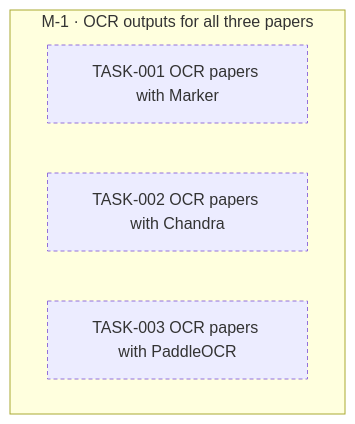
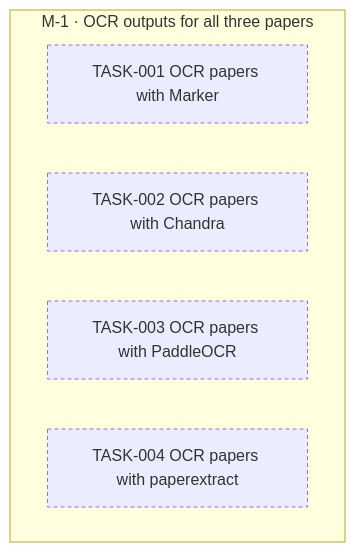
Before and after one commit to jesusvillota/replicate: the diagram in goals/ocr-papers/README.md, drawn with Mermaid. The commit also changed 1 other file, not shown here.

Commit message:
goal(ocr-papers): add TASK-004 OCR papers with paperextract

````diff
--- a/goals/ocr-papers/README.md
+++ b/goals/ocr-papers/README.md
@@ -19,14 +19,16 @@
 ```mermaid
 flowchart TD
   subgraph M_1["M-1 · OCR outputs for all three papers"]
     TASK_001["TASK-001 OCR papers with Marker"]
     TASK_002["TASK-002 OCR papers with Chandra"]
     TASK_003["TASK-003 OCR papers with PaddleOCR"]
+    TASK_004["TASK-004 OCR papers with paperextract"]
   end
   classDef draft stroke-dasharray: 4 3
   classDef cancelled opacity:0.45
   classDef decision fill:#f3e8ff,stroke:#7c3aed
   class TASK_001 draft
   class TASK_002 draft
   class TASK_003 draft
+  class TASK_004 draft
 ```
````
